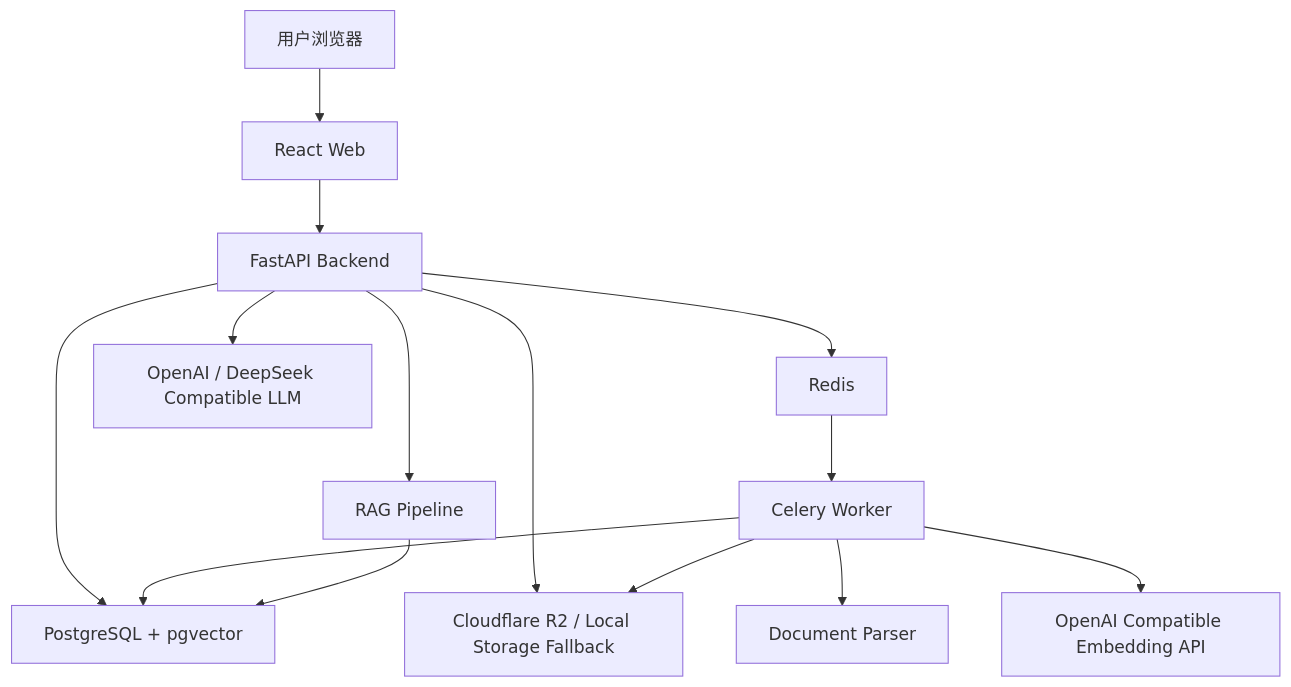
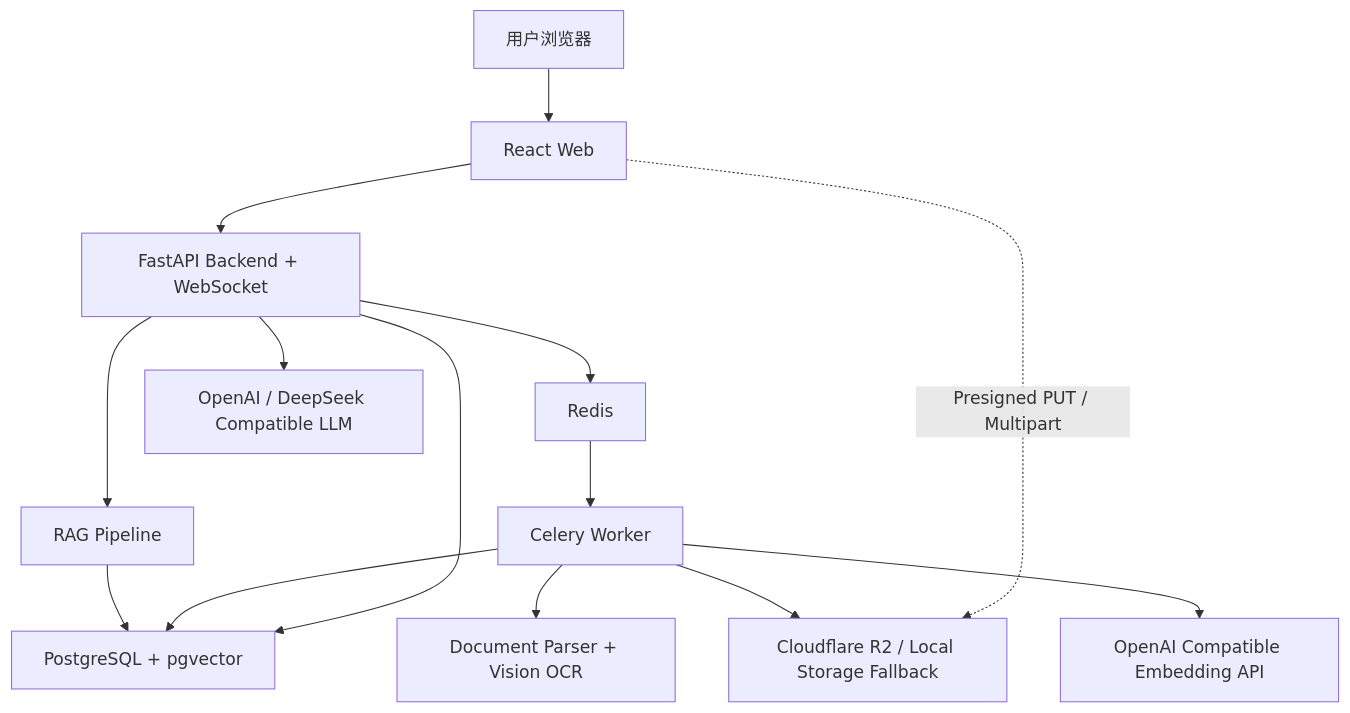
The first of 3 diagrams in docs/architecture.md (lilaizhencn/Vision-Capital-AI), drawn with Mermaid before and after one commit. The commit also changed other lines of this file and 18 other files, not shown here.

````diff
--- a/docs/architecture.md
+++ b/docs/architecture.md
@@ -5,16 +5,16 @@
 ```mermaid
 flowchart TD
     User["用户浏览器"] --> Web["React Web"]
-    Web --> API["FastAPI Backend"]
+    Web --> API["FastAPI Backend + WebSocket"]
     API --> DB["PostgreSQL + pgvector"]
     API --> Redis["Redis"]
-    API --> R2["Cloudflare R2 / Local Storage Fallback"]
+    Web -. "Presigned PUT / Multipart" .-> R2["Cloudflare R2 / Local Storage Fallback"]
     Redis --> Worker["Celery Worker"]
     Worker --> R2
     Worker --> DB
-    Worker --> Parser["Document Parser"]
+    Worker --> Parser["Document Parser + Vision OCR"]
     Worker --> Embedding["OpenAI Compatible Embedding API"]
     API --> LLM["OpenAI / DeepSeek Compatible LLM"]
     API --> RAG["RAG Pipeline"]
     RAG --> DB
 ```
````
